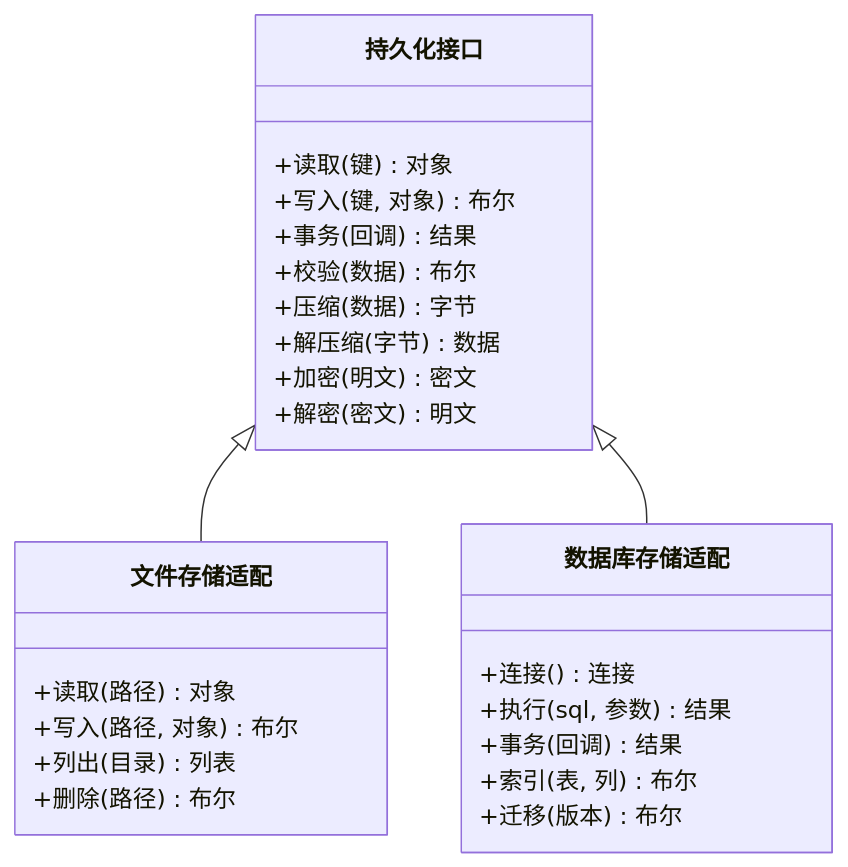
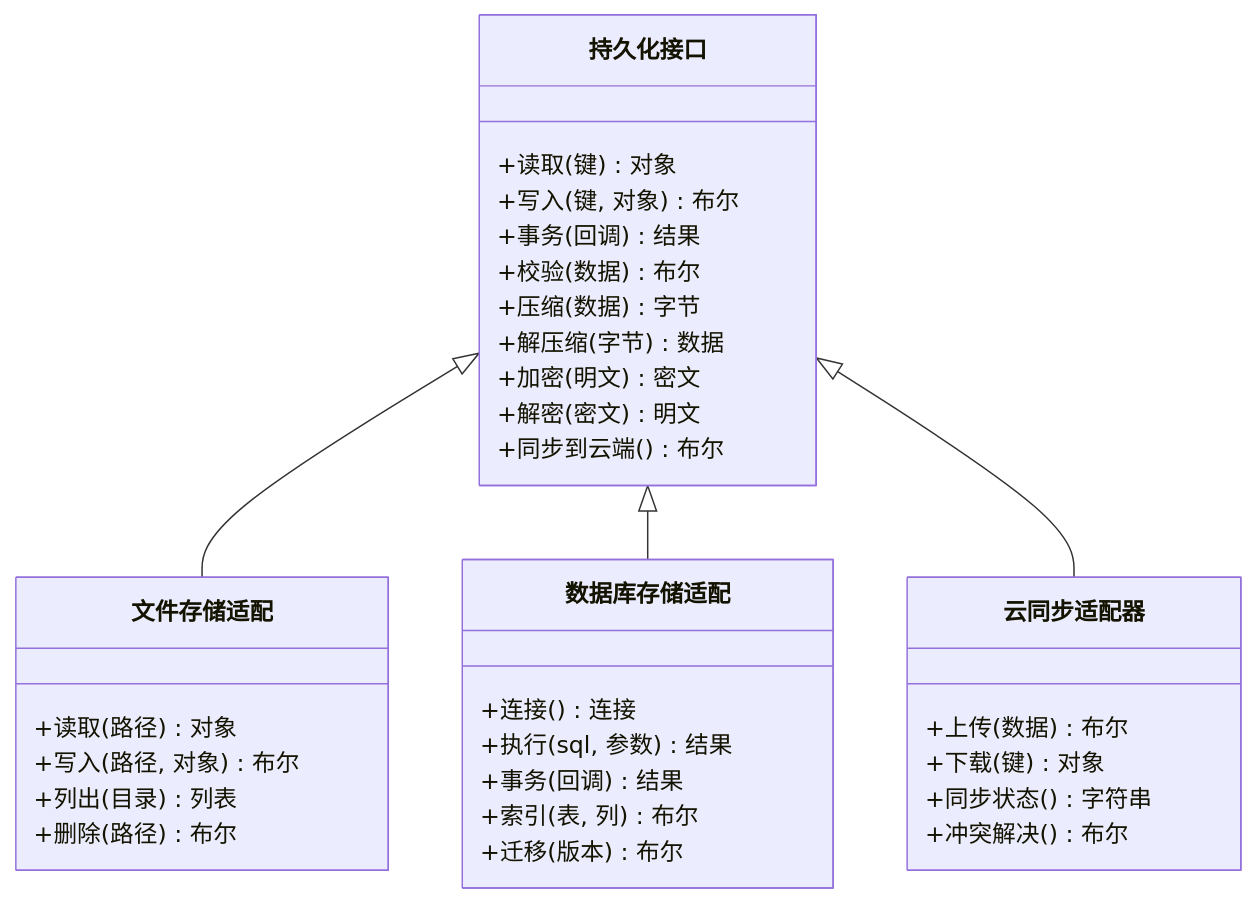
The third of 8 diagrams in .qoder/repowiki/zh/content/运行时系统/持久化层.md (Ivandanslespace/thegreatnovel), drawn with Mermaid before and after one commit. The commit also changed other lines of this file and 264 other files, not shown here.

````diff
--- a/.qoder/repowiki/zh/content/运行时系统/持久化层.md
+++ b/.qoder/repowiki/zh/content/运行时系统/持久化层.md
@@ -208,28 +227,36 @@
 ```mermaid
 classDiagram
 class 持久化接口 {
 +读取(键) 对象
 +写入(键, 对象) 布尔
 +事务(回调) 结果
 +校验(数据) 布尔
 +压缩(数据) 字节
 +解压缩(字节) 数据
 +加密(明文) 密文
 +解密(密文) 明文
++同步到云端() 布尔
 }
 class 文件存储适配 {
 +读取(路径) 对象
 +写入(路径, 对象) 布尔
 +列出(目录) 列表
 +删除(路径) 布尔
 }
 class 数据库存储适配 {
 +连接() 连接
 +执行(sql, 参数) 结果
 +事务(回调) 结果
 +索引(表, 列) 布尔
 +迁移(版本) 布尔
 }
+class 云同步适配器 {
++上传(数据) 布尔
++下载(键) 对象
++同步状态() 字符串
++冲突解决() 布尔
+}
 持久化接口 <|-- 文件存储适配
 持久化接口 <|-- 数据库存储适配
+持久化接口 <|-- 云同步适配器
 ```
````
